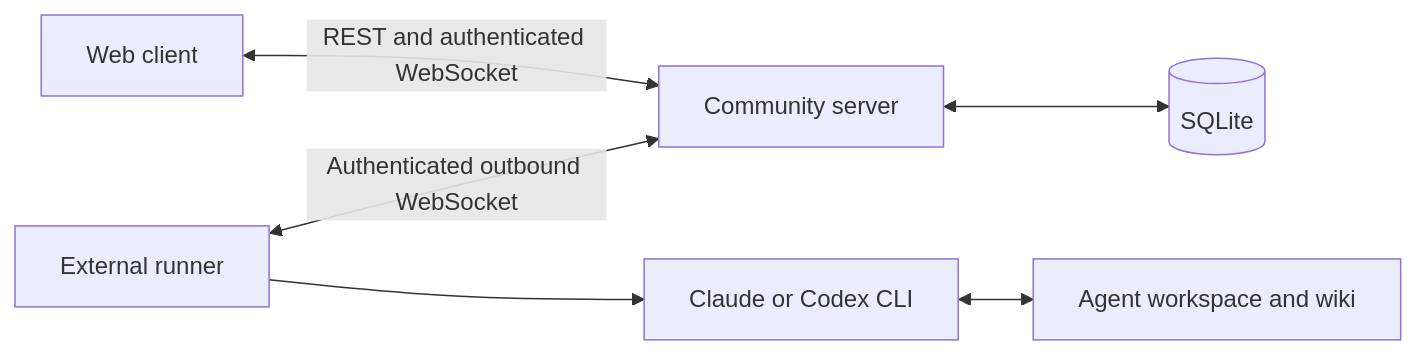
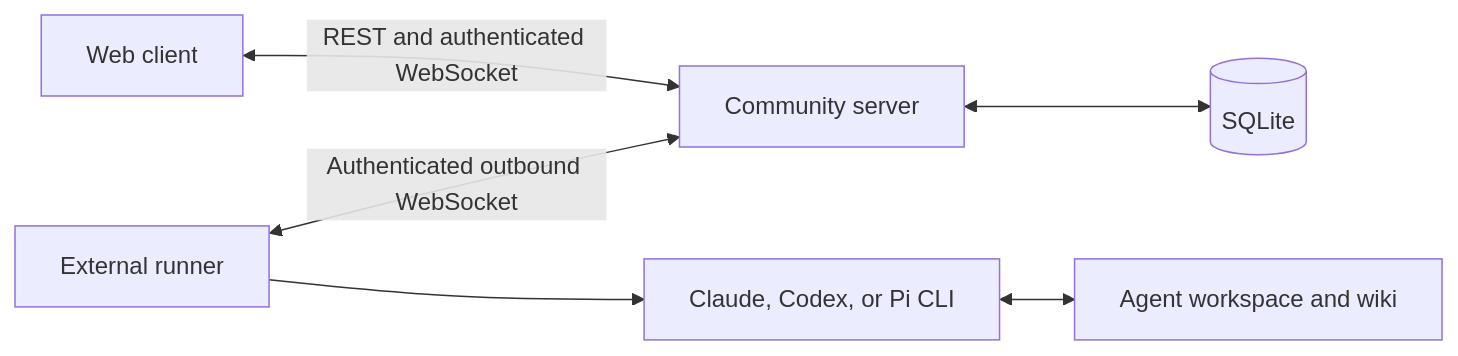
Before and after one commit to NachoG2000/ada-education: the diagram in docs/architecture.md, drawn with Mermaid. The commit also changed other lines of this file and 135 other files, not shown here.

````diff
--- a/docs/architecture.md
+++ b/docs/architecture.md
@@ -9,8 +9,8 @@
 ```mermaid
 flowchart LR
   Web[Web client] <-->|REST and authenticated WebSocket| Server[Community server]
   Server <--> DB[(SQLite)]
   Runner[External runner] <-->|Authenticated outbound WebSocket| Server
-  Runner --> CLI[Claude or Codex CLI]
+  Runner --> CLI[Claude, Codex, or Pi CLI]
   CLI <--> Wiki[Agent workspace and wiki]
 ```
````
